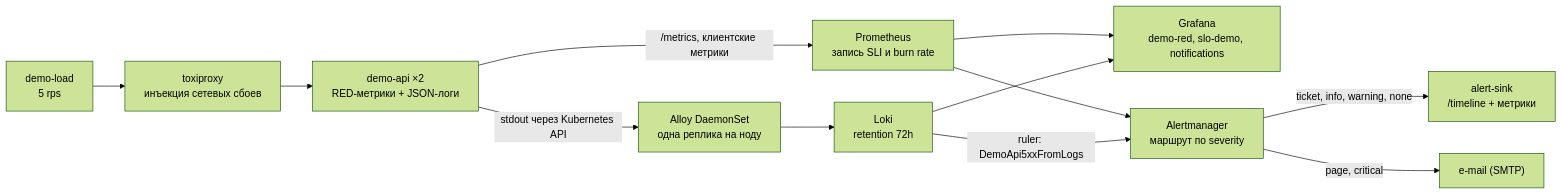
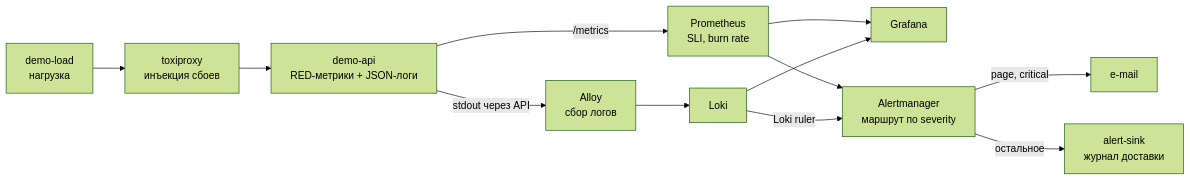
One commit to morgenvor/k8s-observability-lab changed the diagram in README.md. Above: the diagram before and after it, drawn with Mermaid (forest theme). The commit also changed other lines of this file, not shown here.

````diff
--- a/README.md
+++ b/README.md
@@ -23,14 +77,14 @@
 ```mermaid
 flowchart LR
-  load["demo-load<br/>5 rps"] --> toxiproxy["toxiproxy<br/>инъекция сетевых сбоев"]
-  toxiproxy --> api["demo-api ×2<br/>RED-метрики + JSON-логи"]
-  api -->|"/metrics, клиентские метрики"| prometheus["Prometheus<br/>запись SLI и burn rate"]
-  api -->|"stdout через Kubernetes API"| alloy["Alloy DaemonSet<br/>одна реплика на ноду"]
-  alloy --> loki["Loki<br/>retention 72h"]
-  prometheus --> grafana["Grafana<br/>demo-red, slo-demo, notifications"]
+  load["demo-load<br/>нагрузка"] --> toxiproxy["toxiproxy<br/>инъекция сбоев"]
+  toxiproxy --> api["demo-api<br/>RED-метрики + JSON-логи"]
+  api -->|"/metrics"| prometheus["Prometheus<br/>SLI, burn rate"]
+  api -->|"stdout через API"| alloy["Alloy<br/>сбор логов"]
+  alloy --> loki["Loki"]
+  prometheus --> grafana["Grafana"]
   loki --> grafana
   prometheus --> alertmanager["Alertmanager<br/>маршрут по severity"]
-  loki -->|"ruler: DemoApi5xxFromLogs"| alertmanager
-  alertmanager -->|"ticket, info, warning, none"| sink["alert-sink<br/>/timeline + метрики"]
-  alertmanager -->|"page, critical"| email["e-mail (SMTP)"]
+  loki -->|"Loki ruler"| alertmanager
+  alertmanager -->|"page, critical"| email["e-mail"]
+  alertmanager -->|"остальное"| sink["alert-sink<br/>журнал доставки"]
 ```
````
